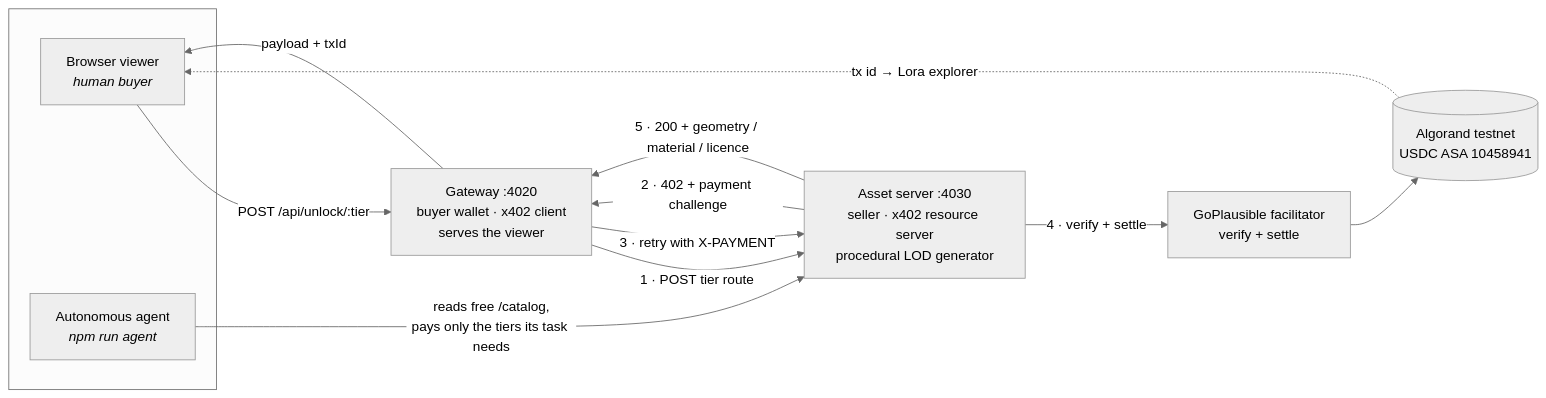
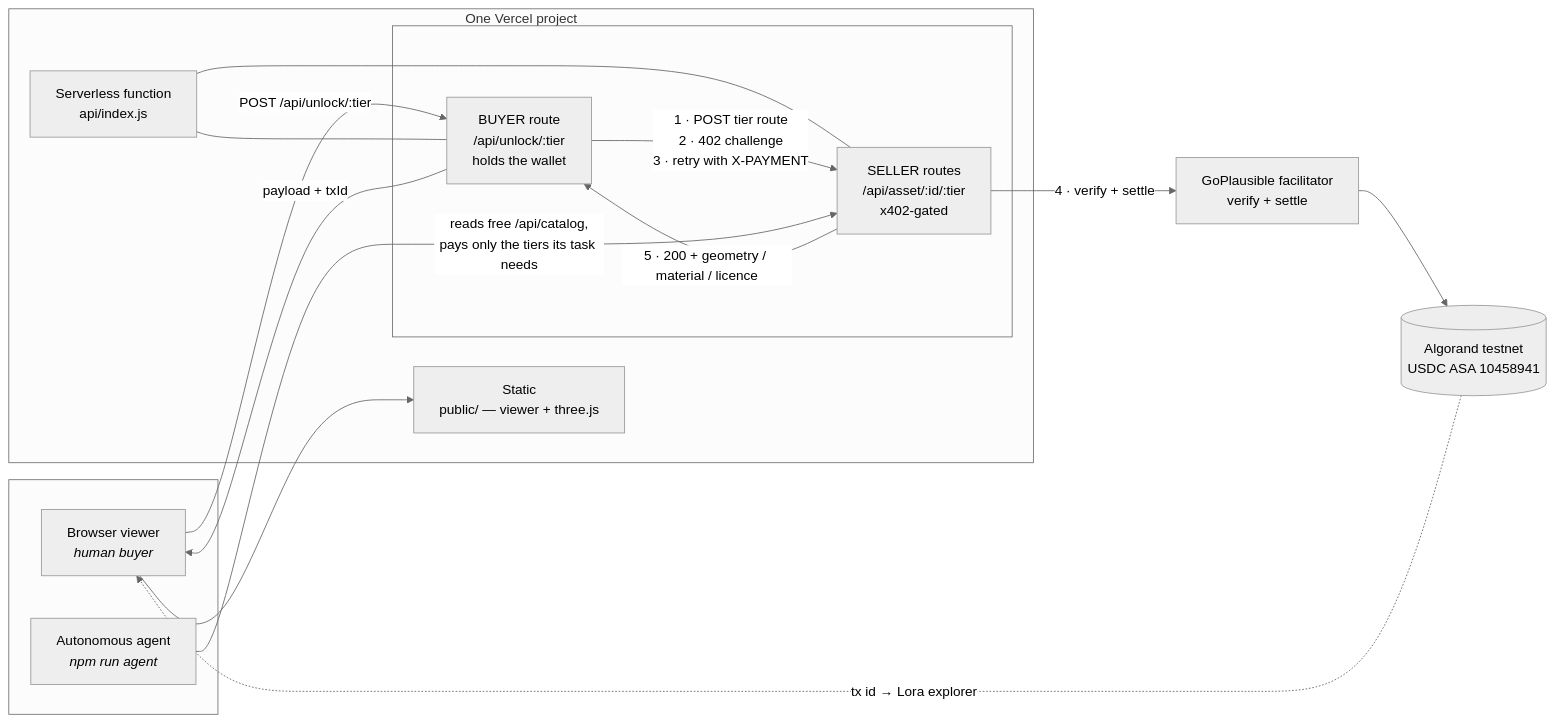
The diagram in README.md (Karthikeyan1508/facet-x402), drawn with Mermaid (neutral theme) before and after one commit. The commit also changed other lines of this file and 23 other files, not shown here.

````diff
--- a/README.md
+++ b/README.md
@@ -134,24 +136,32 @@
 ```mermaid
 flowchart LR
     subgraph clients [" "]
         B["Browser viewer<br/><i>human buyer</i>"]
         A["Autonomous agent<br/><i>npm run agent</i>"]
     end
 
-    G["Gateway :4020<br/>buyer wallet · x402 client<br/>serves the viewer"]
-    S["Asset server :4030<br/>seller · x402 resource server<br/>procedural LOD generator"]
+    subgraph vercel ["One Vercel project"]
+        ST["Static<br/>public/ — viewer + three.js"]
+        FN["Serverless function<br/>api/index.js"]
+        subgraph roles [" "]
+            SELL["SELLER routes<br/>/api/asset/:id/:tier<br/>x402-gated"]
+            BUY["BUYER route<br/>/api/unlock/:tier<br/>holds the wallet"]
+        end
+    end
+
     F["GoPlausible facilitator<br/>verify + settle"]
     ALGO[("Algorand testnet<br/>USDC ASA 10458941")]
 
-    B -->|"POST /api/unlock/:tier"| G
-    G -->|"1 · POST tier route"| S
-    S -->|"2 · 402 + payment challenge"| G
-    G -->|"3 · retry with X-PAYMENT"| S
-    S -->|"4 · verify + settle"| F
+    B --> ST
+    B -->|"POST /api/unlock/:tier"| BUY
+    FN --- SELL
+    FN --- BUY
+    BUY -->|"1 · POST tier route<br/>2 · 402 challenge<br/>3 · retry with X-PAYMENT"| SELL
+    SELL -->|"4 · verify + settle"| F
     F --> ALGO
-    S -->|"5 · 200 + geometry / material / licence"| G
-    G -->|"payload + txId"| B
-    A -->|"reads free /catalog,<br/>pays only the tiers its task needs"| S
+    SELL -->|"5 · 200 + geometry / material / licence"| BUY
+    BUY -->|"payload + txId"| B
+    A -->|"reads free /api/catalog,<br/>pays only the tiers its task needs"| SELL
 
     ALGO -.->|"tx id → Lora explorer"| B
 ```
````
